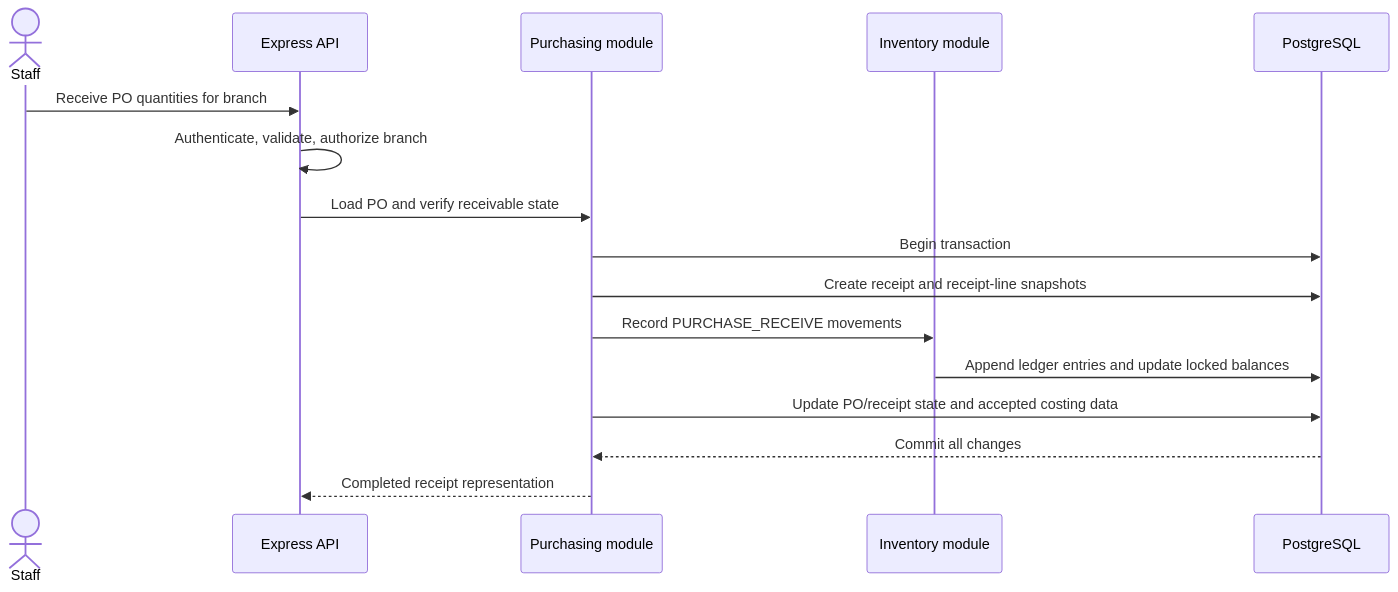
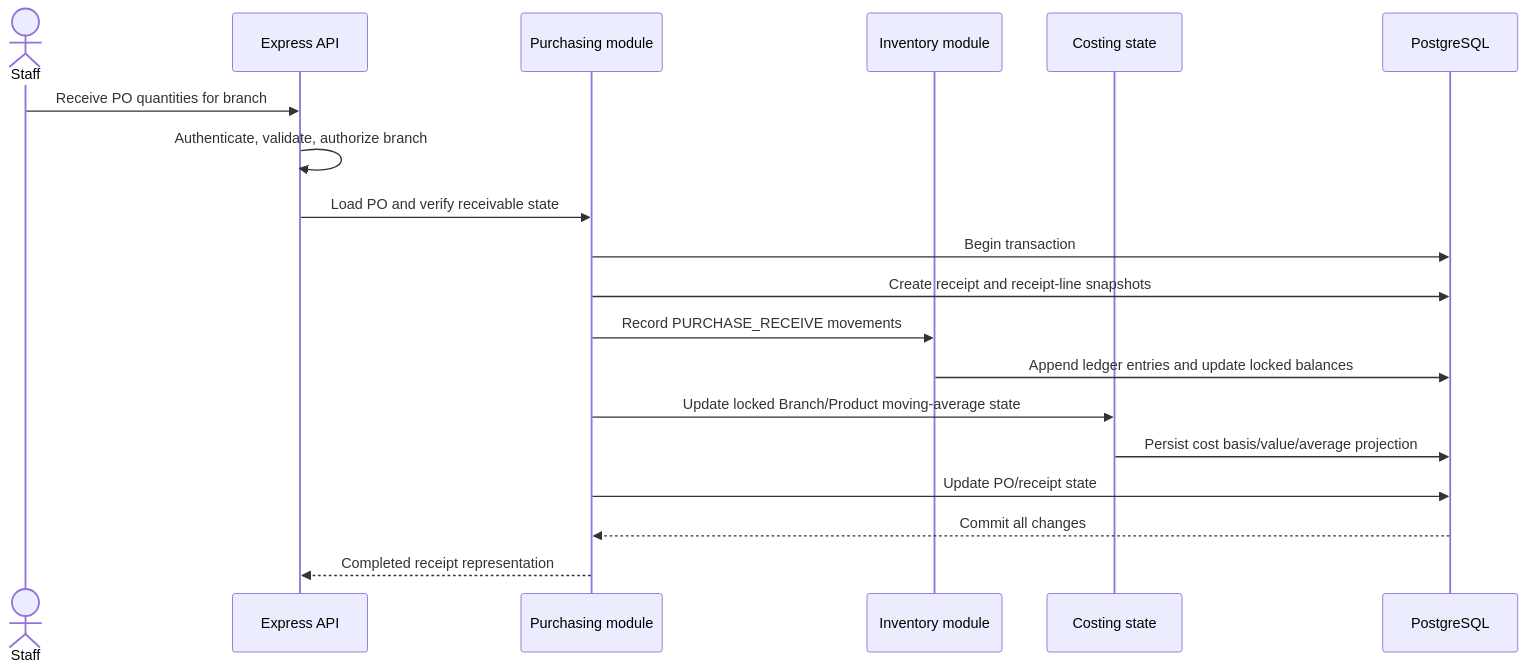
Before and after one commit to Bestmymint/Strockwire: the third of 6 diagrams in docs/ARCHITECTURE.md, drawn with Mermaid. The commit also changed other lines of this file and 8 other files, not shown here.

````diff
--- a/docs/ARCHITECTURE.md
+++ b/docs/ARCHITECTURE.md
@@ -329,19 +329,22 @@
 ```mermaid
 sequenceDiagram
     actor Staff
     participant API as Express API
     participant PUR as Purchasing module
     participant INV as Inventory module
+    participant COST as Costing state
     participant DB as PostgreSQL
 
     Staff->>API: Receive PO quantities for branch
     API->>API: Authenticate, validate, authorize branch
     API->>PUR: Load PO and verify receivable state
     PUR->>DB: Begin transaction
     PUR->>DB: Create receipt and receipt-line snapshots
     PUR->>INV: Record PURCHASE_RECEIVE movements
     INV->>DB: Append ledger entries and update locked balances
-    PUR->>DB: Update PO/receipt state and accepted costing data
+    PUR->>COST: Update locked Branch/Product moving-average state
+    COST->>DB: Persist cost basis/value/average projection
+    PUR->>DB: Update PO/receipt state
     DB-->>PUR: Commit all changes
     PUR-->>API: Completed receipt representation
 ```
````
